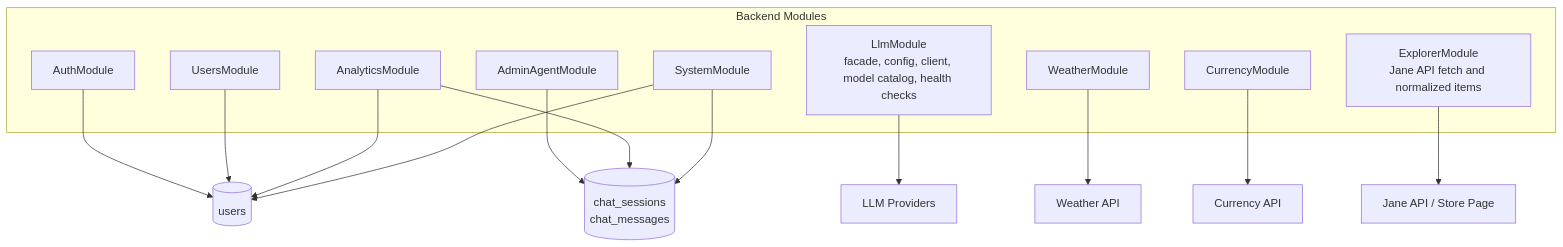
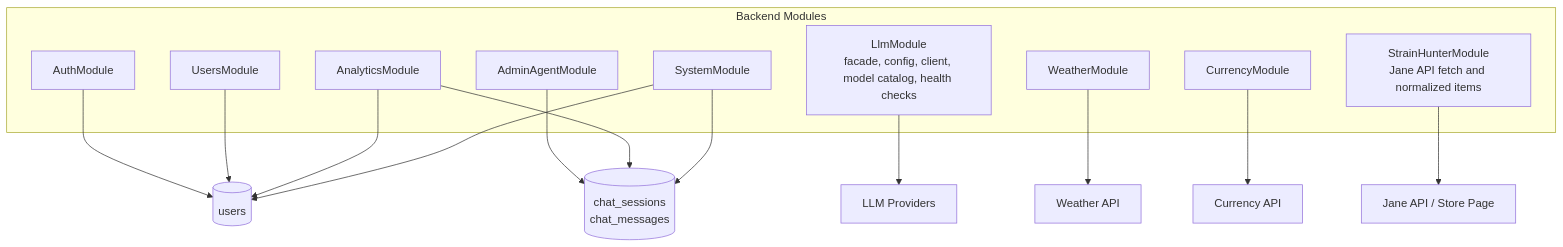
The fifth of 7 diagrams in documents/architecture-diagram.md (Poratt/Agentic-Agent), drawn with Mermaid before and after one commit. The commit also changed other lines of this file and 15 other files, not shown here.

First line of the commit message:
refactor(explorer): rename explorer feature to strain-hunter

````diff
--- a/documents/architecture-diagram.md
+++ b/documents/architecture-diagram.md
@@ -214,23 +214,23 @@
 ```mermaid
 flowchart TB
   subgraph Modules["Backend Modules"]
     Auth["AuthModule"]
     Users["UsersModule"]
     AdminAgent["AdminAgentModule"]
     LLM["LlmModule\nfacade, config, client, model catalog, health checks"]
     System["SystemModule"]
     Weather["WeatherModule"]
     Analytics["AnalyticsModule"]
     Currency["CurrencyModule"]
-    Explorer["ExplorerModule\nJane API fetch and normalized items"]
+    StrainHunter["StrainHunterModule\nJane API fetch and normalized items"]
   end
 
   Auth & Users --> UsersDb[(users)]
   AdminAgent --> ChatDb[(chat_sessions\nchat_messages)]
   Analytics --> UsersDb & ChatDb
   System --> UsersDb & ChatDb
   Weather --> WeatherApi[Weather API]
   Currency --> CurrencyApi[Currency API]
-  Explorer --> JaneApi[Jane API / Store Page]
+  StrainHunter --> JaneApi[Jane API / Store Page]
   LLM --> Providers[LLM Providers]
 ```
````
